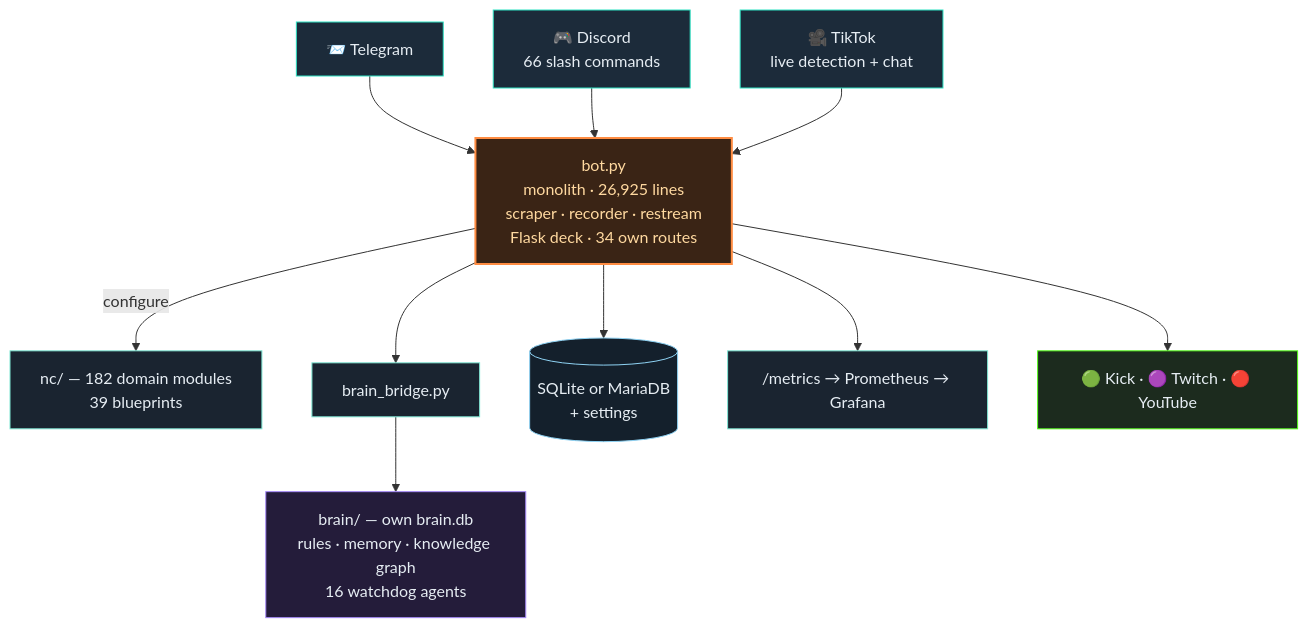
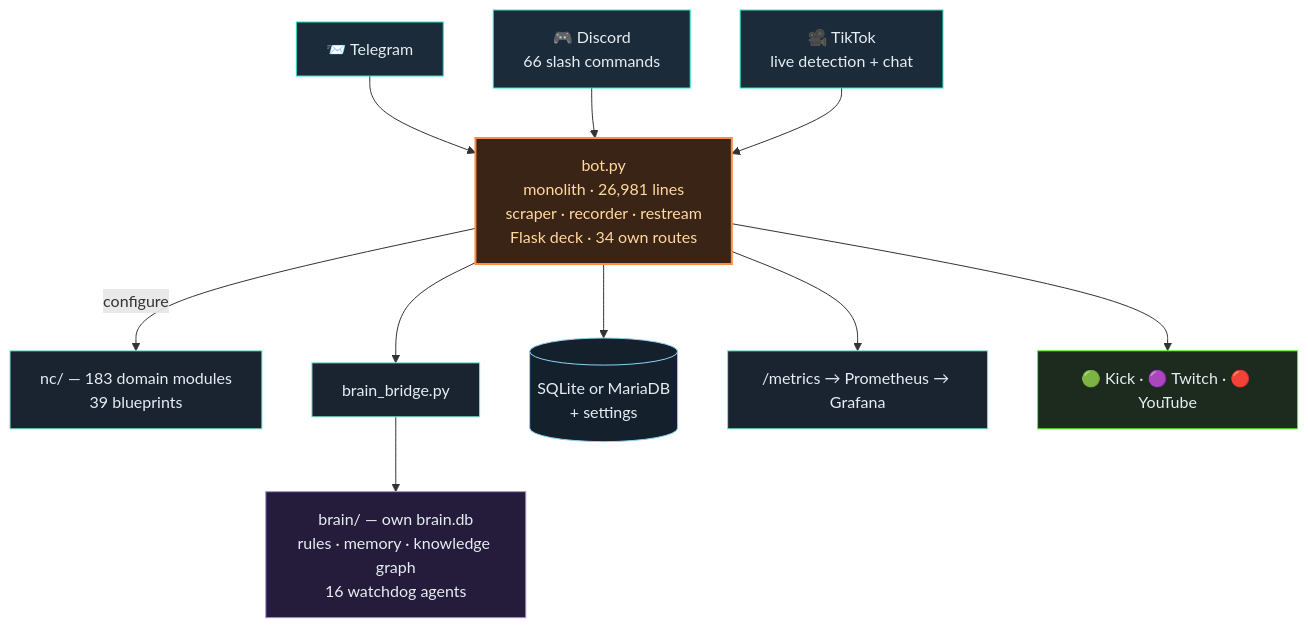
The second of 3 diagrams in README.en.md (itsamemedev/Telegram-Stream-Info-Bot), drawn with Mermaid before and after one commit. The commit also changed other lines of this file and 13 other files, not shown here.

````diff
--- a/README.en.md
+++ b/README.en.md
@@ -119,19 +119,19 @@
 ```mermaid
 flowchart TB
     TG["📨 Telegram"]:::ein --> BOT
     DC["🎮 Discord<br/>66 slash commands"]:::ein --> BOT
     TT["🎥 TikTok<br/>live detection + chat"]:::ein --> BOT
-    BOT["bot.py<br/>monolith · 26,925 lines<br/>scraper · recorder · restream<br/>Flask deck · 34 own routes"]:::core
-    BOT -->|configure| NC["nc/ — 182 domain modules<br/>39 blueprints"]:::lib
+    BOT["bot.py<br/>monolith · 26,981 lines<br/>scraper · recorder · restream<br/>Flask deck · 34 own routes"]:::core
+    BOT -->|configure| NC["nc/ — 183 domain modules<br/>39 blueprints"]:::lib
     BOT --> BR["brain_bridge.py"]:::lib
     BR --> BRAIN["brain/ — own brain.db<br/>rules · memory · knowledge graph<br/>16 watchdog agents"]:::brain
     BOT --> DB[("SQLite or MariaDB<br/>+ settings")]:::db
     BOT --> PROM["/metrics → Prometheus → Grafana"]:::lib
     BOT --> OUT["🟢 Kick · 🟣 Twitch · 🔴 YouTube"]:::out
     classDef ein fill:#1c2b3a,stroke:#2de1c2,color:#e6edf3
     classDef core fill:#3a2415,stroke:#ff8c42,stroke-width:2px,color:#ffd9a0
     classDef lib fill:#1a2430,stroke:#7fe7d4,color:#e6edf3
     classDef brain fill:#241c3a,stroke:#a78bfa,color:#e6edf3
     classDef db fill:#14202c,stroke:#8fd3f4,color:#e6edf3
     classDef out fill:#1c2b1e,stroke:#53fc18,color:#e6edf3
 ```
````
